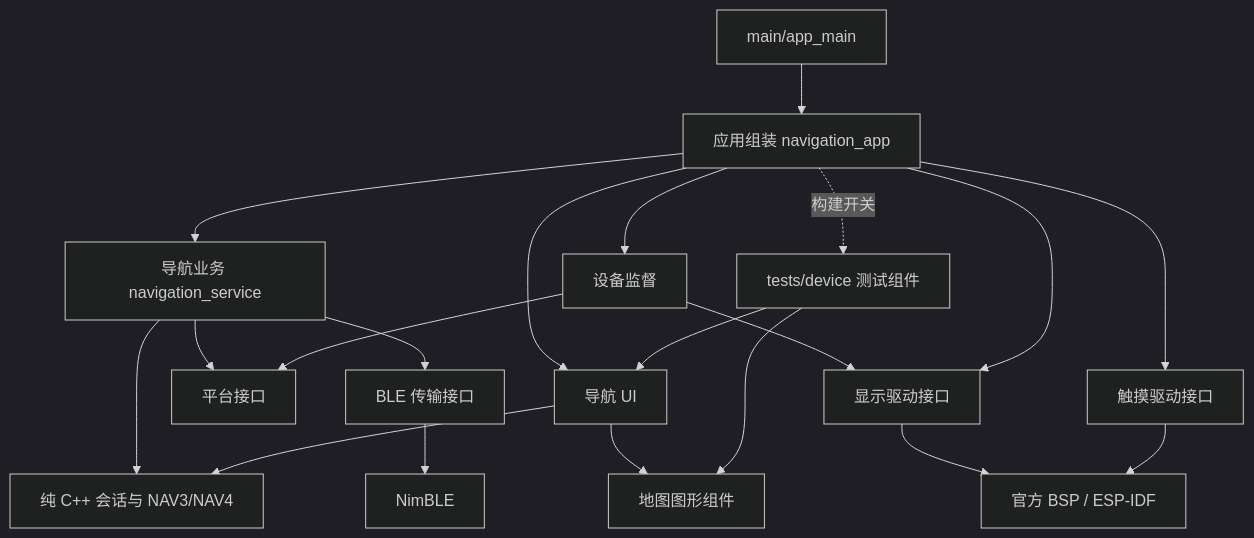
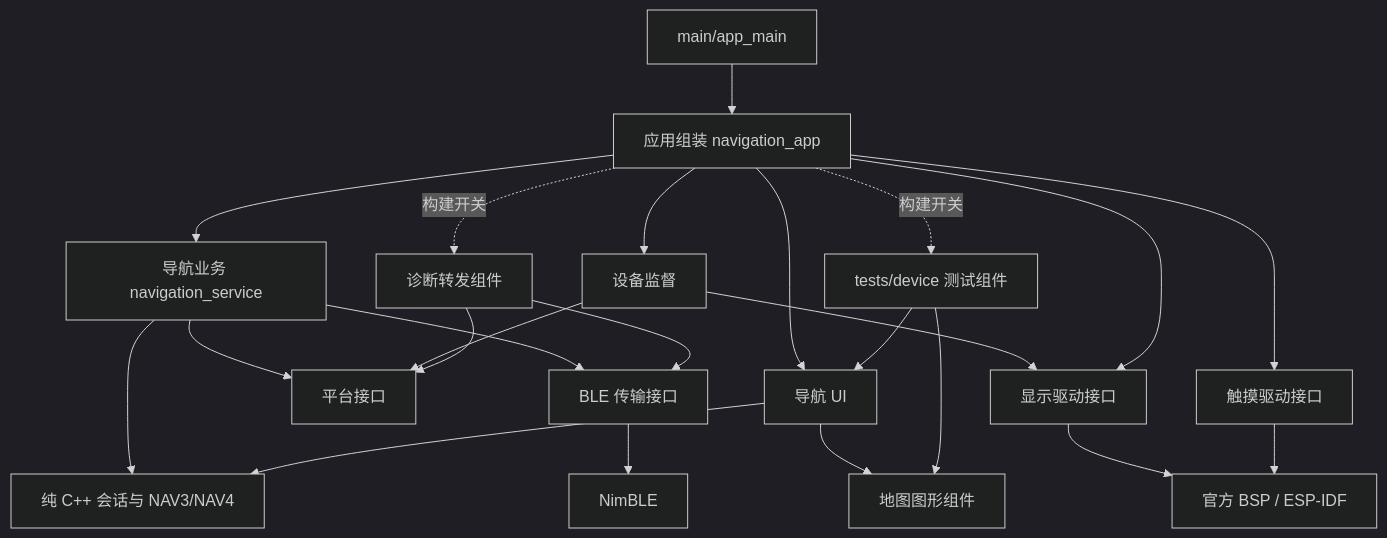
The diagram in moto_esp32/FIRMWARE_LAYERS.md (gargamelzhao0-del/motonav), drawn with Mermaid (dark theme) before and after one commit. The commit also changed other lines of this file and 36 other files, not shown here.

Commit message:
Add independent BLE to USB phone diagnostics with navigation priority

````diff
--- a/moto_esp32/FIRMWARE_LAYERS.md
+++ b/moto_esp32/FIRMWARE_LAYERS.md
@@ -44,22 +46,25 @@
 ```mermaid
 flowchart TD
     Entry[main/app_main] --> App[应用组装 navigation_app]
     App --> Service[导航业务 navigation_service]
     Service --> Core[纯 C++ 会话与 NAV3/NAV4]
     Service --> BLE[BLE 传输接口]
     Service --> Platform[平台接口]
     App --> UI[导航 UI]
     UI --> Core
     UI --> Graphics[地图图形组件]
     App --> Supervisor[设备监督]
     Supervisor --> Display
     Supervisor --> Platform
     App --> Display[显示驱动接口]
     App --> Touch[触摸驱动接口]
+    App -. 构建开关 .-> Diagnostics[诊断转发组件]
+    Diagnostics --> BLE
+    Diagnostics --> Platform
     App -. 构建开关 .-> Bench[tests/device 测试组件]
     Bench --> UI
     Bench --> Graphics[地图图形组件]
     Display --> BSP[官方 BSP / ESP-IDF]
     Touch --> BSP
     BLE --> NimBLE[NimBLE]
 ```
````
